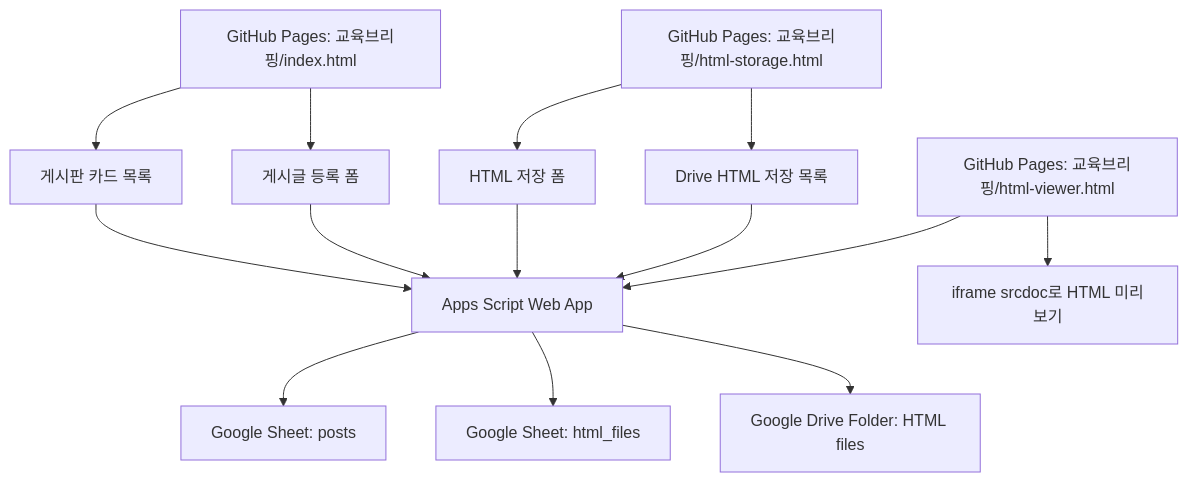
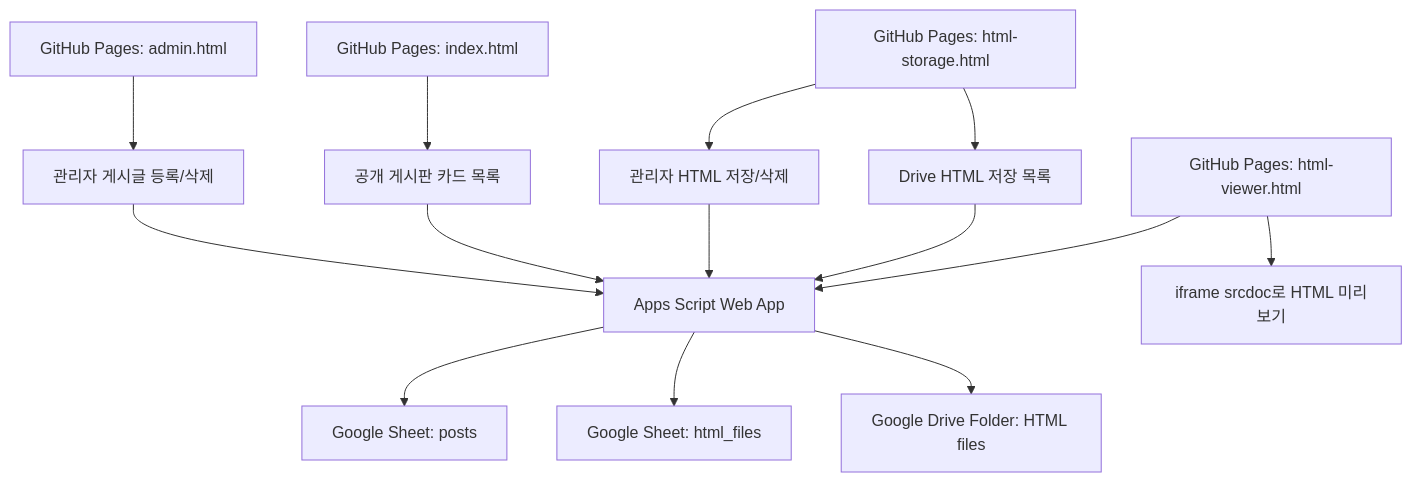
Before and after one commit to docssam1/doossam-education-briefing: the diagram in STRUCTURE.md, drawn with Mermaid. The commit also changed other lines of this file and 4 other files, not shown here.

````diff
--- a/STRUCTURE.md
+++ b/STRUCTURE.md
@@ -3,16 +3,16 @@
 ```mermaid
 flowchart TD
-  A["GitHub Pages: 교육브리핑/index.html"] --> B["게시판 카드 목록"]
-  A --> C["게시글 등록 폼"]
-  D["GitHub Pages: 교육브리핑/html-storage.html"] --> E["HTML 저장 폼"]
+  A["GitHub Pages: index.html"] --> B["공개 게시판 카드 목록"]
+  M["GitHub Pages: admin.html"] --> C["관리자 게시글 등록/삭제"]
+  D["GitHub Pages: html-storage.html"] --> E["관리자 HTML 저장/삭제"]
   D --> F["Drive HTML 저장 목록"]
-  K["GitHub Pages: 교육브리핑/html-viewer.html"] --> G
+  K["GitHub Pages: html-viewer.html"] --> G
   C --> G["Apps Script Web App"]
   E --> G
   G --> H["Google Sheet: posts"]
   G --> I["Google Sheet: html_files"]
   G --> J["Google Drive Folder: HTML files"]
   B --> G
   F --> G
   K --> L["iframe srcdoc로 HTML 미리보기"]
 ```
````
